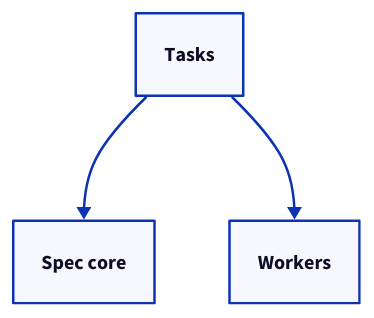
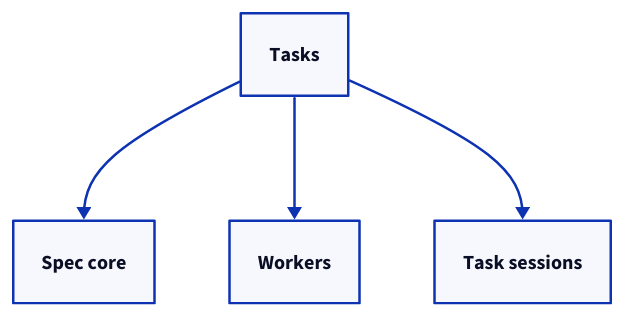
Before and after one commit to FTOD/concorde: the fourth of 4 diagrams in specs/concorde/tasks/module.md, drawn with D2. The commit also changed other lines of this file and 81 other files, not shown here.

````diff
--- a/specs/concorde/tasks/module.md
+++ b/specs/concorde/tasks/module.md
@@ -382,7 +275,9 @@
 ```d2
 tasks: Tasks
 spec: Spec core
 workers: Workers
+tasksession: Task sessions
 tasks -> spec
 tasks -> workers
+tasks -> tasksession
 ```
````
